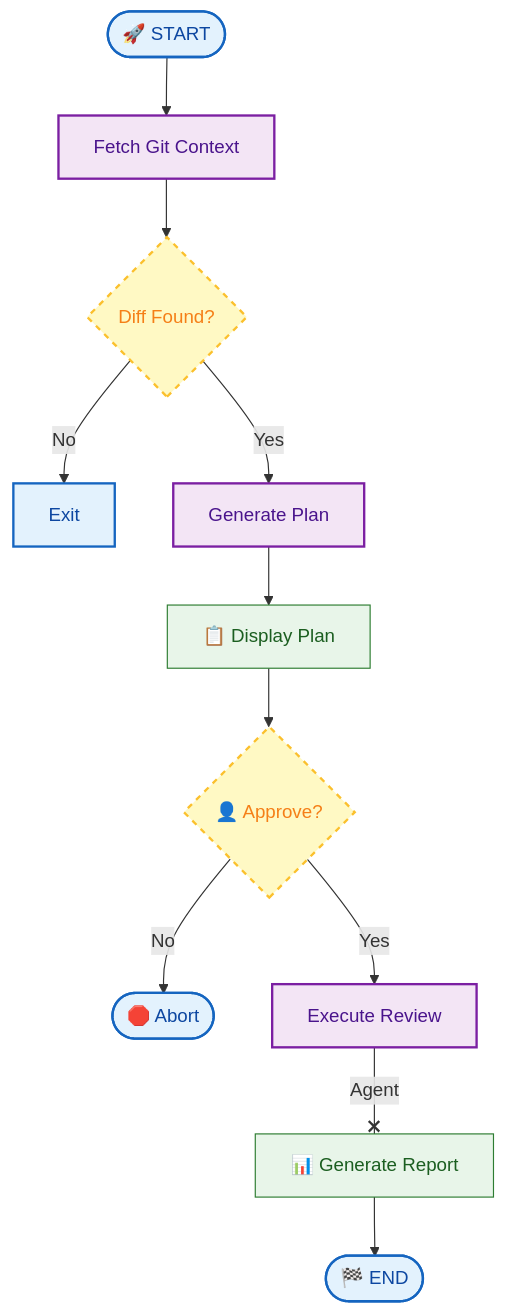
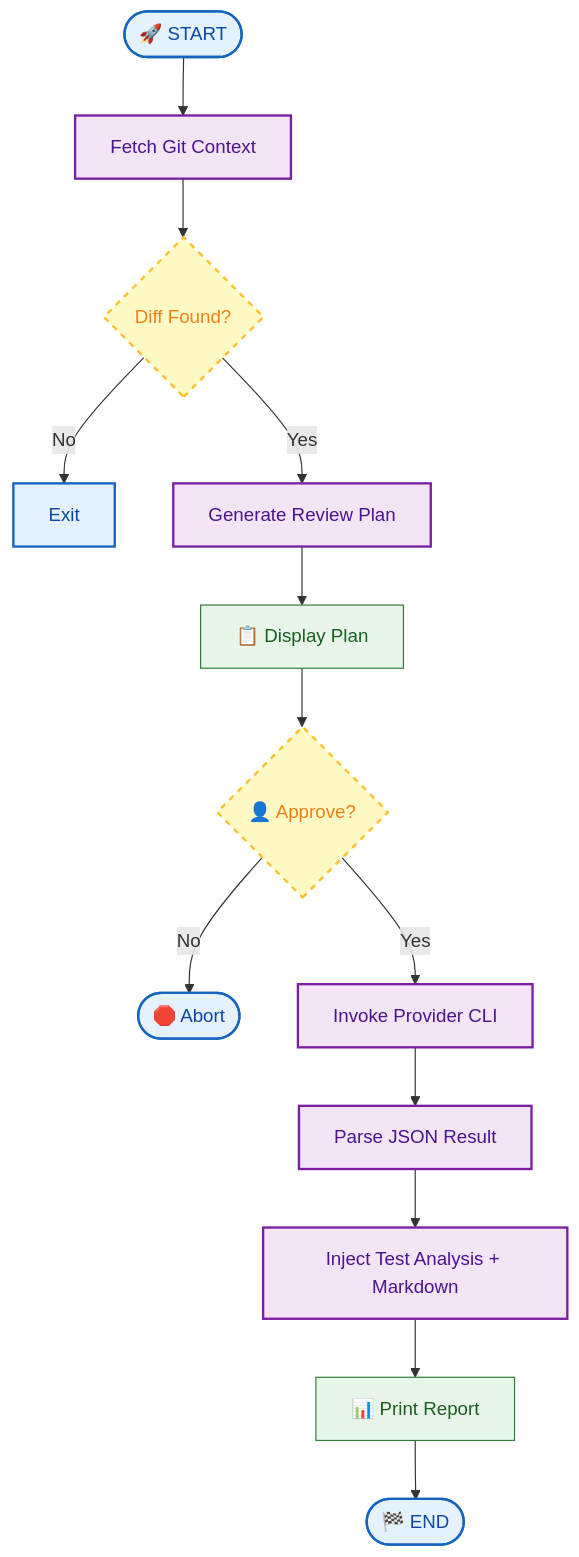
One commit to fernandoguedes/uatiari changed the diagram in README.md. Above: the diagram before and after it, drawn with Mermaid. The commit also changed other lines of this file and 1 other file, not shown here.

````diff
--- a/README.md
+++ b/README.md
@@ -187,23 +217,25 @@
 ```mermaid
 graph TD
     %% Output Styling
     classDef startend fill:#e3f2fd,stroke:#1565c0,stroke-width:2px,color:#0d47a1;
     classDef process fill:#f3e5f5,stroke:#7b1fa2,stroke-width:2px,color:#4a148c;
     classDef decision fill:#fff9c4,stroke:#fbc02d,stroke-width:2px,stroke-dasharray: 5 5,color:#f57f17;
     classDef artifact fill:#e8f5e9,stroke:#2e7d32,stroke-width:1px,color:#1b5e20;
 
     Start([🚀 START]):::startend --> Init[Fetch Git Context]:::process
     Init --> Diff{Diff Found?}:::decision
-    
+
     Diff -->|No| NoDiff[Exit]:::startend
-    Diff -->|Yes| Plan[Generate Plan]:::process
-    
+    Diff -->|Yes| Plan[Generate Review Plan]:::process
+
     Plan --> ShowPlan[📋 Display Plan]:::artifact
     ShowPlan --> Approval{👤 Approve?}:::decision
-    
+
     Approval -->|No| Abort([🛑 Abort]):::startend
-    Approval -->|Yes| Exec[Execute Review]:::process
-    
-    Exec -- Agent --x Report[📊 Generate Report]:::artifact
+    Approval -->|Yes| Exec[Invoke Provider CLI]:::process
+
+    Exec --> Parse[Parse JSON Result]:::process
+    Parse --> Enrich[Inject Test Analysis + Markdown]:::process
+    Enrich --> Report[📊 Print Report]:::artifact
     Report --> End([🏁 END]):::startend
 ```
````
